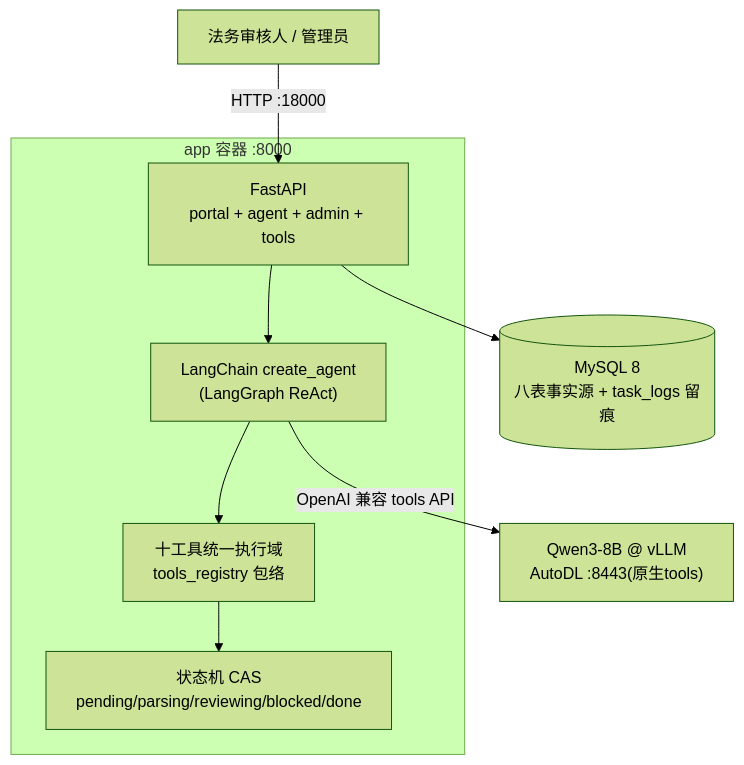
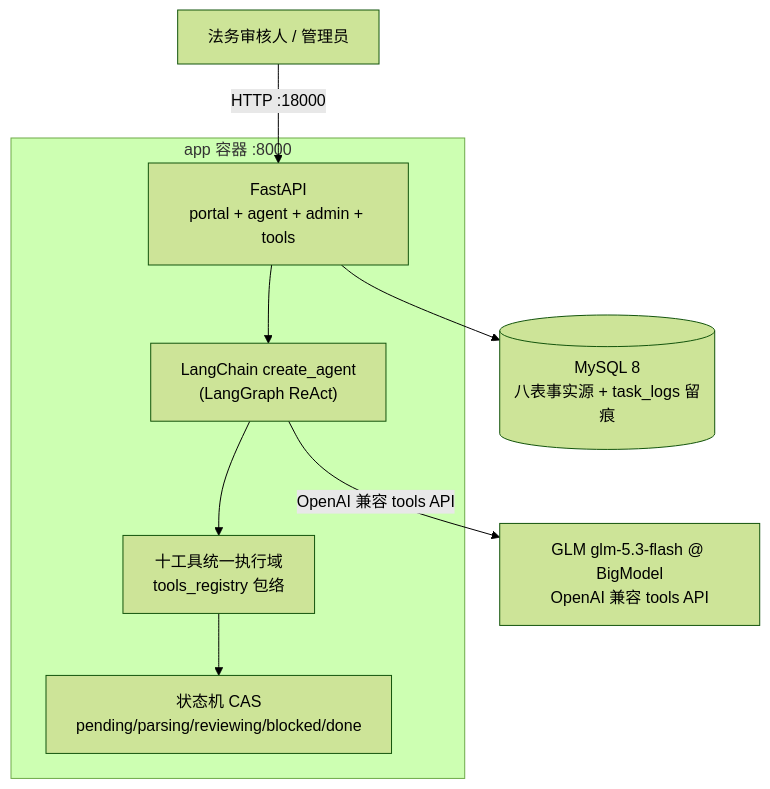
Before and after one commit to nobodycare-no/contract-review-agent: the diagram in docs/sad/SAD.md, drawn with Mermaid (forest theme). The commit also changed other lines of this file and 8 other files, not shown here.

````diff
--- a/docs/sad/SAD.md
+++ b/docs/sad/SAD.md
@@ -13,19 +13,19 @@
 ```mermaid
 graph TB
     U["法务审核人 / 管理员"] -->|HTTP :18000| APP
 
     subgraph APPSVC ["app 容器 :8000"]
         APP["FastAPI<br/>portal + agent + admin + tools"]
         LC["LangChain create_agent<br/>(LangGraph ReAct)"]
         TR["十工具统一执行域<br/>tools_registry 包络"]
         SM["状态机 CAS<br/>pending/parsing/reviewing/blocked/done"]
         APP --> LC
         LC --> TR
         TR --> SM
     end
 
     DB[("MySQL 8<br/>八表事实源 + task_logs 留痕")]
-    Q["Qwen3-8B @ vLLM<br/>AutoDL :8443(原生tools)"]
+    Q["GLM glm-5.3-flash @ BigModel<br/>OpenAI 兼容 tools API"]
     APP --> DB
     LC -->|"OpenAI 兼容 tools API"| Q
 ```
````
